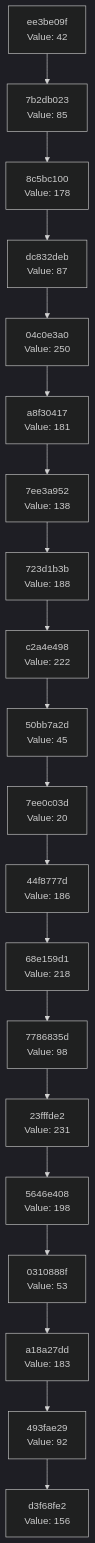
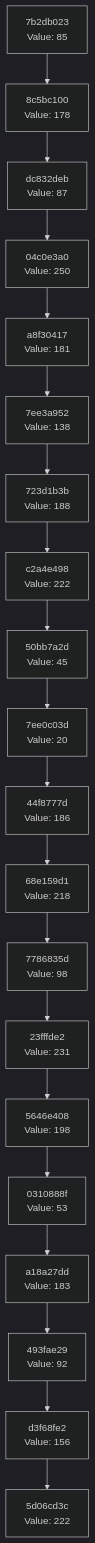
The diagram in docs/CHAIN_VISUALIZATION.md (Abhisheksinha1506/hash-chain-evolver), drawn with Mermaid (dark theme) before and after one commit. The commit also changed 2 other files, not shown here.

Commit message:
Evolution step: hash 0xDE → action executed

````diff
--- a/docs/CHAIN_VISUALIZATION.md
+++ b/docs/CHAIN_VISUALIZATION.md
@@ -3,42 +3,42 @@
 ```mermaid
 graph TD
-    C0["d3f68fe2<br/>Value: 156"]
-    C1["493fae29<br/>Value: 92"]
+    C0["5d06cd3c<br/>Value: 222"]
+    C1["d3f68fe2<br/>Value: 156"]
     C1 --> C0
-    C2["a18a27dd<br/>Value: 183"]
+    C2["493fae29<br/>Value: 92"]
     C2 --> C1
-    C3["0310888f<br/>Value: 53"]
+    C3["a18a27dd<br/>Value: 183"]
     C3 --> C2
-    C4["5646e408<br/>Value: 198"]
+    C4["0310888f<br/>Value: 53"]
     C4 --> C3
-    C5["23fffde2<br/>Value: 231"]
+    C5["5646e408<br/>Value: 198"]
     C5 --> C4
-    C6["7786835d<br/>Value: 98"]
+    C6["23fffde2<br/>Value: 231"]
     C6 --> C5
-    C7["68e159d1<br/>Value: 218"]
+    C7["7786835d<br/>Value: 98"]
     C7 --> C6
-    C8["44f8777d<br/>Value: 186"]
+    C8["68e159d1<br/>Value: 218"]
     C8 --> C7
-    C9["7ee0c03d<br/>Value: 20"]
+    C9["44f8777d<br/>Value: 186"]
     C9 --> C8
-    C10["50bb7a2d<br/>Value: 45"]
+    C10["7ee0c03d<br/>Value: 20"]
     C10 --> C9
-    C11["c2a4e498<br/>Value: 222"]
+    C11["50bb7a2d<br/>Value: 45"]
     C11 --> C10
-    C12["723d1b3b<br/>Value: 188"]
+    C12["c2a4e498<br/>Value: 222"]
     C12 --> C11
-    C13["7ee3a952<br/>Value: 138"]
+    C13["723d1b3b<br/>Value: 188"]
     C13 --> C12
-    C14["a8f30417<br/>Value: 181"]
+    C14["7ee3a952<br/>Value: 138"]
     C14 --> C13
-    C15["04c0e3a0<br/>Value: 250"]
+    C15["a8f30417<br/>Value: 181"]
     C15 --> C14
-    C16["dc832deb<br/>Value: 87"]
+    C16["04c0e3a0<br/>Value: 250"]
     C16 --> C15
-    C17["8c5bc100<br/>Value: 178"]
+    C17["dc832deb<br/>Value: 87"]
     C17 --> C16
-    C18["7b2db023<br/>Value: 85"]
+    C18["8c5bc100<br/>Value: 178"]
     C18 --> C17
-    C19["ee3be09f<br/>Value: 42"]
+    C19["7b2db023<br/>Value: 85"]
     C19 --> C18
 ```
````
